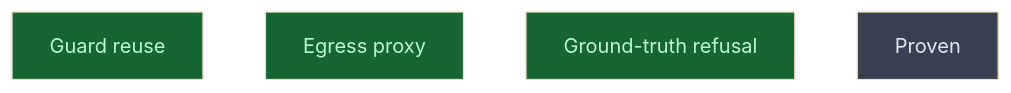
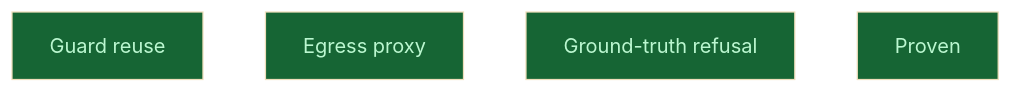
One commit to CrackingShells/Candler changed the diagram in __roadmap__/m5b-egress-proxy/README.md. Above: the diagram before and after it, drawn with Mermaid (base theme). The commit also changed other lines of this file and 5 other files, not shown here.

````diff
--- a/__roadmap__/m5b-egress-proxy/README.md
+++ b/__roadmap__/m5b-egress-proxy/README.md
@@ -74,12 +74,12 @@
 ```mermaid
 graph TD
     guard_reuse[Guard reuse]:::done
     egress_proxy[Egress proxy]:::done
     ground_truth_refusal[Ground-truth refusal]:::done
-    proven[Proven]:::planned
+    proven[Proven]:::done
     classDef done       fill:#166534,color:#bbf7d0
     classDef inprogress fill:#854d0e,color:#fef08a
     classDef planned    fill:#374151,color:#e5e7eb
     classDef amendment  fill:#1e3a5f,color:#bfdbfe
     classDef blocked    fill:#7f1d1d,color:#fecaca
 ```
````
